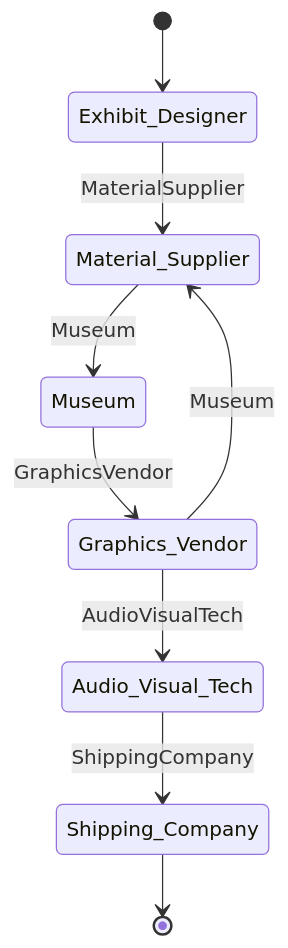
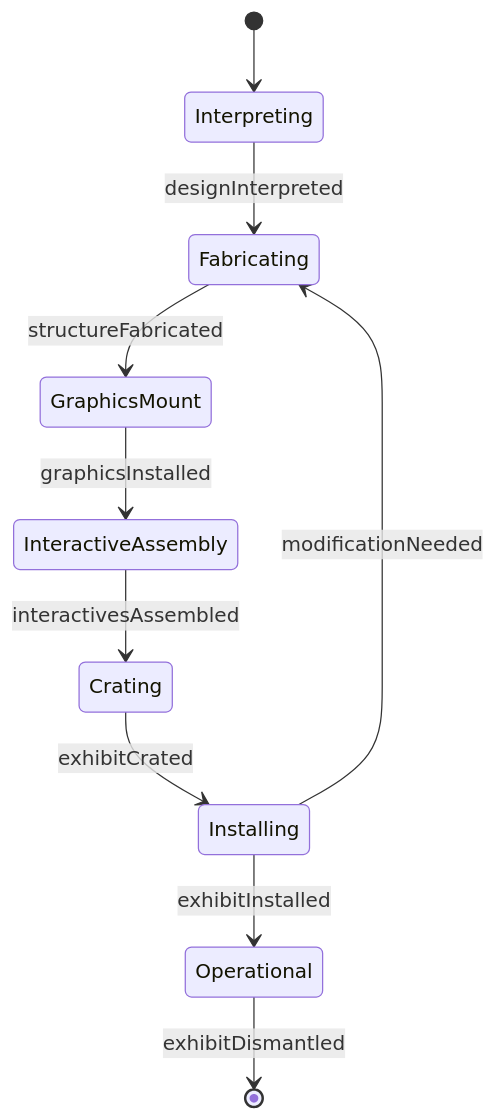
The second of 4 diagrams in HandlingAndMovingObjects/BuildStructures/ConstructExhibitsPartsExhibits.mdx (dot-org-ai/tasks.org.ai), drawn with Mermaid before and after one commit. The commit also changed other lines of this file and 515 other files, not shown here.

````diff
--- a/HandlingAndMovingObjects/BuildStructures/ConstructExhibitsPartsExhibits.mdx
+++ b/HandlingAndMovingObjects/BuildStructures/ConstructExhibitsPartsExhibits.mdx
@@ -101,11 +99,12 @@
 ```mermaid
 stateDiagram-v2
-    [*] --> Exhibit_Designer
-    Exhibit_Designer --> Material_Supplier: MaterialSupplier
-    Material_Supplier --> Museum: Museum
-    Museum --> Graphics_Vendor: GraphicsVendor
-    Graphics_Vendor --> Audio_Visual_Tech: AudioVisualTech
-    Audio_Visual_Tech --> Shipping_Company: ShippingCompany
-    Graphics_Vendor --> Material_Supplier: Museum
-    Shipping_Company --> [*]
+    [*] --> Interpreting
+    Interpreting --> Fabricating : designInterpreted
+    Fabricating --> GraphicsMount : structureFabricated
+    GraphicsMount --> InteractiveAssembly : graphicsInstalled
+    InteractiveAssembly --> Crating : interactivesAssembled
+    Crating --> Installing : exhibitCrated
+    Installing --> Operational : exhibitInstalled
+    Installing --> Fabricating : modificationNeeded
+    Operational --> [*] : exhibitDismantled
 ```
````
